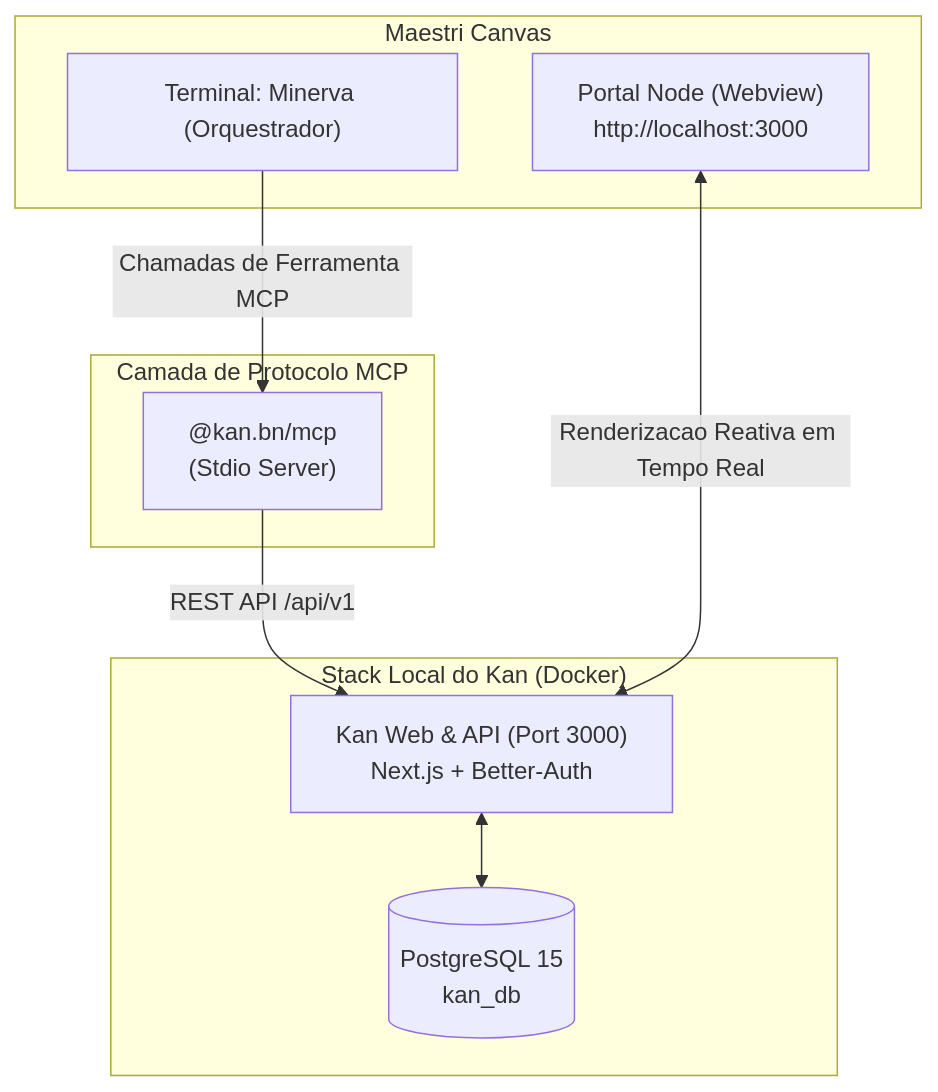
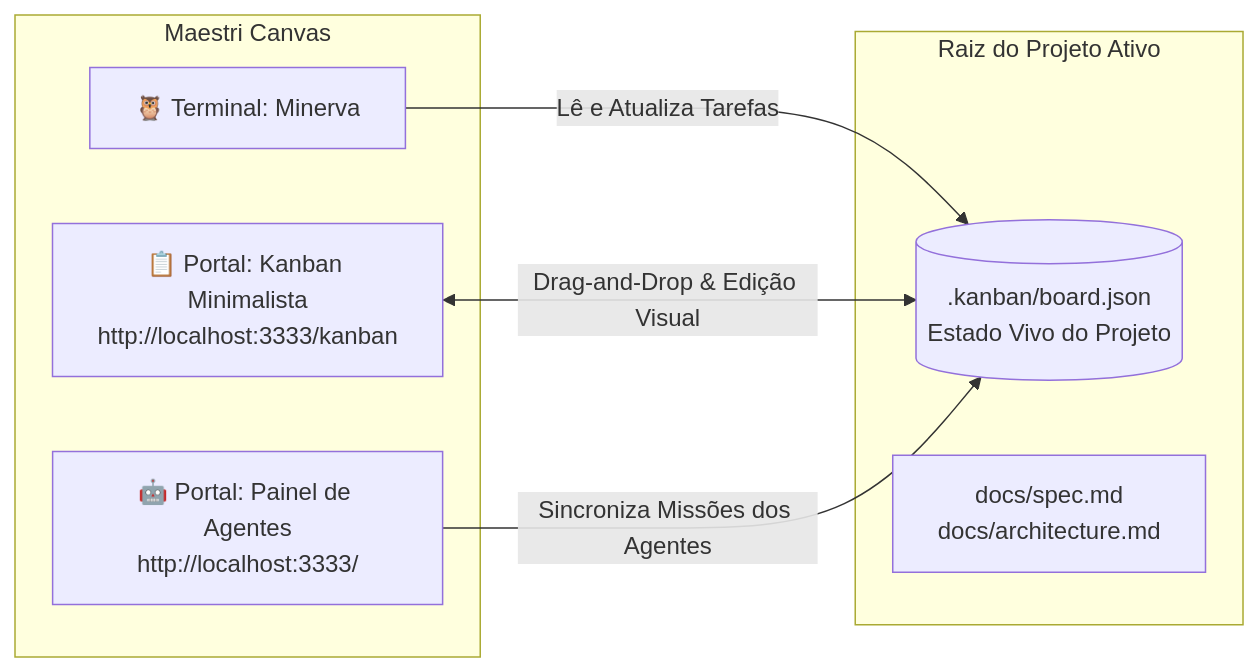
The diagram in vault/Agentes/Opcionais/kan-kanban.md (lk-feitosa/minerva-workspace), drawn with Mermaid before and after one commit. The commit also changed other lines of this file and 1 other file, not shown here.

Commit message:
♻️ refactor: adotar Kanban Minimalista local (zero Docker, zero login) como padrao do workspace

````diff
--- a/vault/Agentes/Opcionais/kan-kanban.md
+++ b/vault/Agentes/Opcionais/kan-kanban.md
@@ -21,21 +20,17 @@
 ```mermaid
-flowchart TD
+flowchart LR
     subgraph MaestriCanvas ["Maestri Canvas"]
-        Portal["Portal Node (Webview)<br>http://localhost:3000"]
-        TerminalMinerva["Terminal: Minerva (Orquestrador)"]
+        TerminalMinerva["🦉 Terminal: Minerva"]
+        PortalKanban["📋 Portal: Kanban Minimalista<br>http://localhost:3333/kanban"]
+        PortalPainel["🤖 Portal: Painel de Agentes<br>http://localhost:3333/"]
     end
 
-    subgraph StackKan ["Stack Local do Kan (Docker)"]
-        Web["Kan Web & API (Port 3000)<br>Next.js + Better-Auth"]
-        DB[("PostgreSQL 15<br>kan_db")]
+    subgraph ProjetoAtivo ["Raiz do Projeto Ativo"]
+        BoardJson[(".kanban/board.json<br>Estado Vivo do Projeto")]
+        Specs["docs/spec.md<br>docs/architecture.md"]
     end
 
-    subgraph MCPIntegration ["Camada de Protocolo MCP"]
-        KanMCP["@kan.bn/mcp<br>(Stdio Server)"]
-    end
-
-    TerminalMinerva -->|Chamadas de Ferramenta MCP| KanMCP
-    KanMCP -->|REST API /api/v1| Web
-    Web <--> DB
-    Portal <-->|Renderizacao Reativa em Tempo Real| Web
+    TerminalMinerva -->|Lê e Atualiza Tarefas| BoardJson
+    PortalKanban <-->|Drag-and-Drop & Edição Visual| BoardJson
+    PortalPainel -->|Sincroniza Missões dos Agentes| BoardJson
 ```
````
